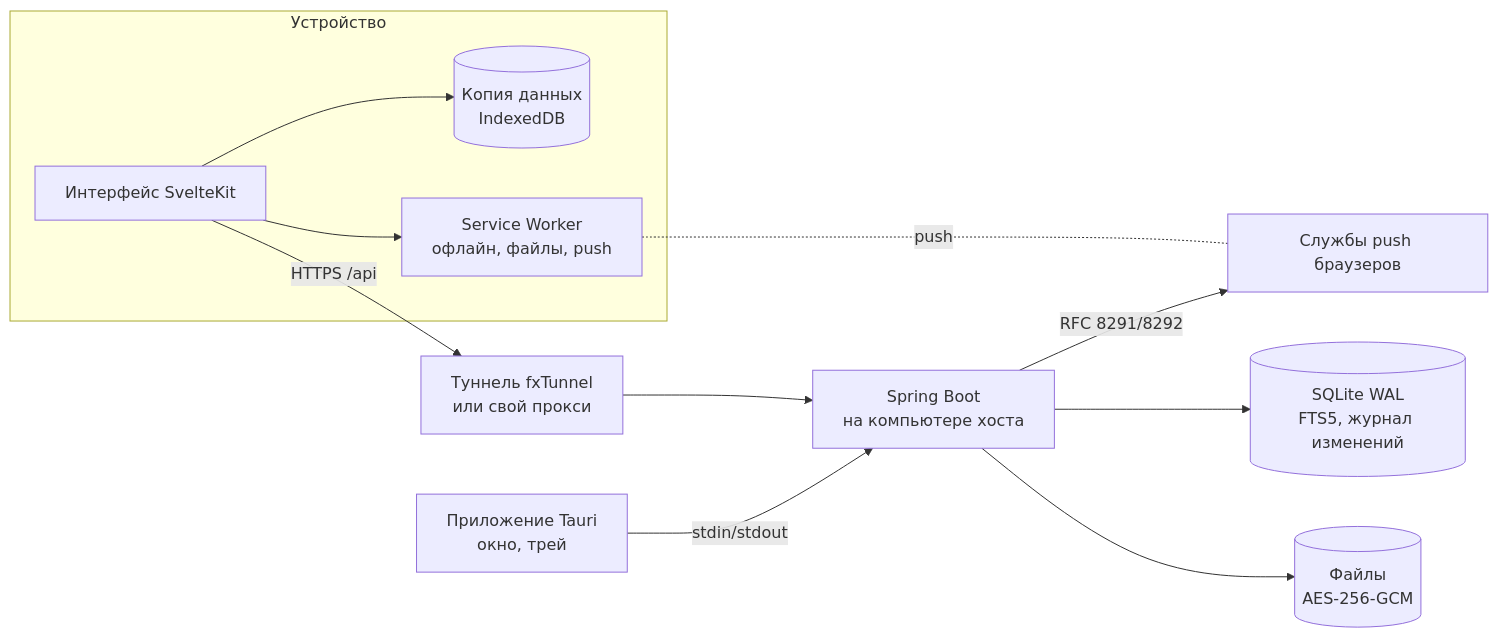
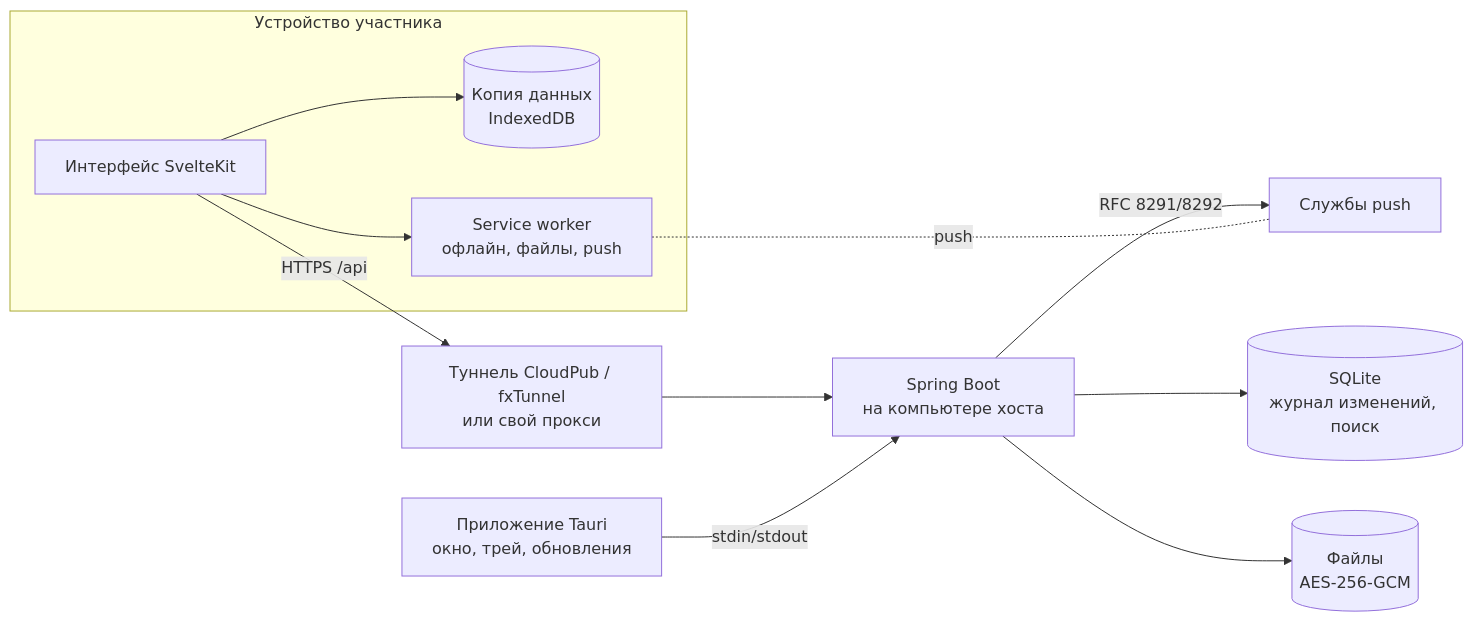
The second of 2 diagrams in README.md (mitaro-cs/StorageSystem), drawn with Mermaid before and after one commit. The commit also changed other lines of this file and 19 other files, not shown here.

Commit message:
docs: новый README — логотип, схема работы, 17 свежих скриншотов, вопросы и ответы

````diff
--- a/README.md
+++ b/README.md
@@ -278,14 +404,14 @@
 ```mermaid
 flowchart LR
-  subgraph Устройство
+  subgraph Устройство участника
     UI[Интерфейс SvelteKit] --> IDB[(Копия данных<br/>IndexedDB)]
-    UI --> SW[Service Worker<br/>офлайн, файлы, push]
+    UI --> SW[Service worker<br/>офлайн, файлы, push]
   end
-  UI -- HTTPS /api --> TUN[Туннель fxTunnel<br/>или свой прокси]
+  UI -- HTTPS /api --> TUN[Туннель CloudPub / fxTunnel<br/>или свой прокси]
   TUN --> API[Spring Boot<br/>на компьютере хоста]
-  SHELL[Приложение Tauri<br/>окно, трей] -- stdin/stdout --> API
-  SW -. push .- PUSH[Службы push браузеров]
-  API --> DB[(SQLite WAL<br/>FTS5, журнал изменений)]
+  SHELL[Приложение Tauri<br/>окно, трей, обновления] -- stdin/stdout --> API
+  API --> DB[(SQLite<br/>журнал изменений, поиск)]
   API --> FILES[(Файлы<br/>AES-256-GCM)]
-  API -- RFC 8291/8292 --> PUSH
+  API -- RFC 8291/8292 --> PUSH[Службы push]
+  SW -. push .- PUSH
 ```
````
